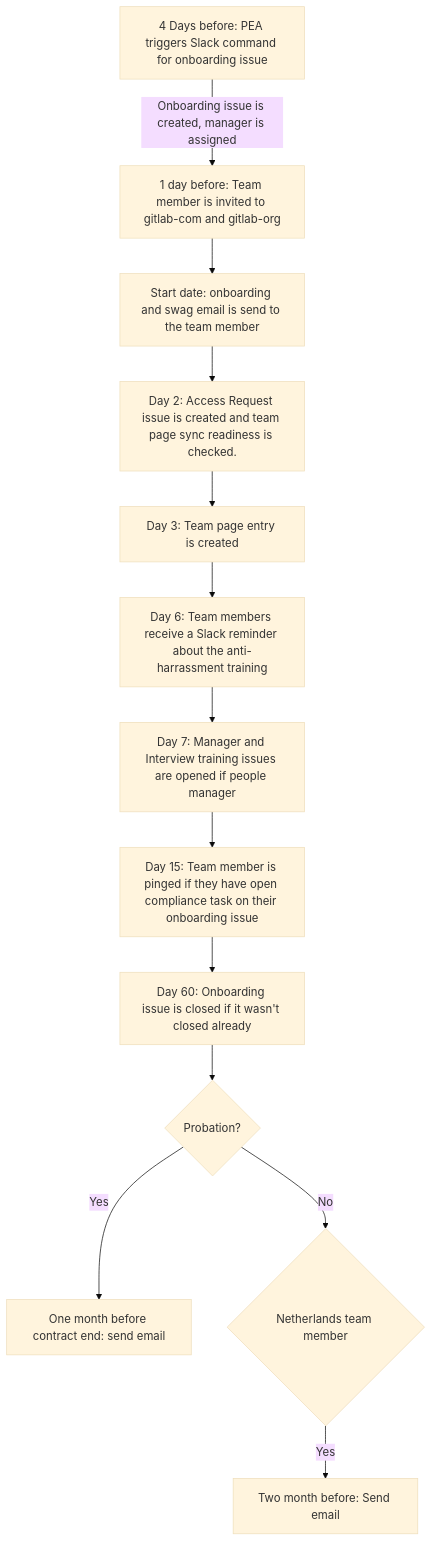
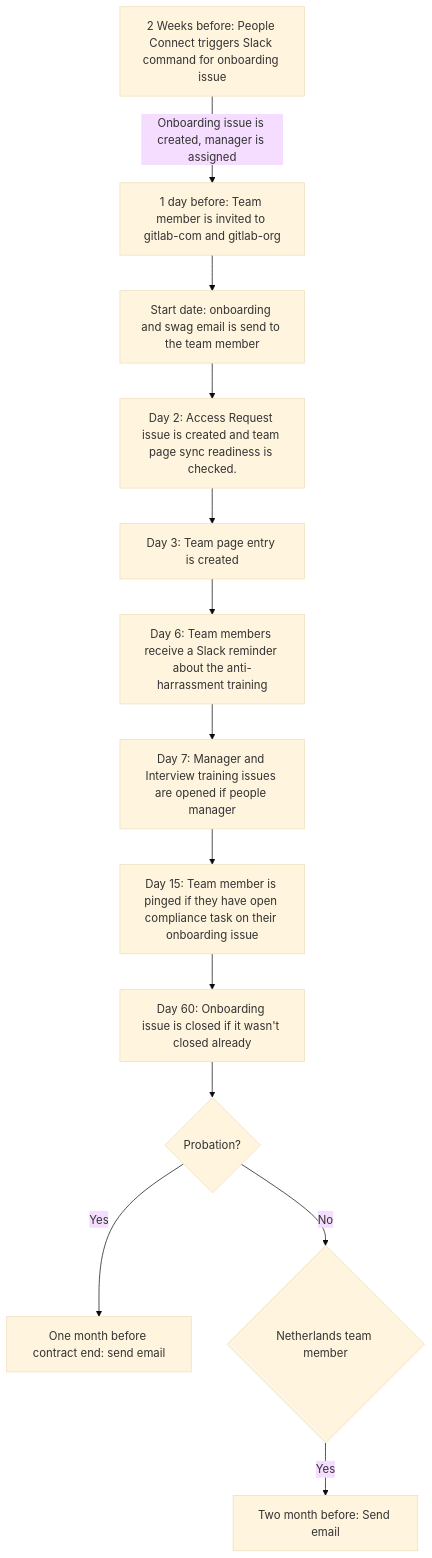
The first of 2 diagrams in content/handbook/people-group/engineering/onboarding.md (zalyoung/gitlab-handbook), drawn with Mermaid (base theme) before and after one commit.

Commit message:
updating flowchart timing

````diff
--- a/content/handbook/people-group/engineering/onboarding.md
+++ b/content/handbook/people-group/engineering/onboarding.md
@@ -16,15 +16,15 @@
 ```mermaid
 graph TD
-  A[4 Days before: PEA triggers Slack command for onboarding issue] -->|Onboarding issue is created, manager is assigned| K
+  A[2 Weeks before: People Connect triggers Slack command for onboarding issue] -->|Onboarding issue is created, manager is assigned| K
   K[1 day before: Team member is invited to gitlab-com and gitlab-org] --> I
   I[Start date: onboarding and swag email is send to the team member] --> C
   C[Day 2: Access Request issue is created and team page sync readiness is checked.] --> CA
   CA[Day 3: Team page entry is created] --> E
   E[Day 6: Team members receive a Slack reminder about the anti-harrassment training] --> J
   J[Day 7: Manager and Interview training issues are opened if people manager] --> L
   L[Day 15: Team member is pinged if they have open compliance task on their onboarding issue] --> F
   F[Day 60: Onboarding issue is closed if it wasn't closed already] --> N{Probation?}
   N -->|Yes| D[One month before contract end: send email]
   N --> |No| B{Netherlands team member}
   B --> |Yes| G[Two month before: Send email]
 ```
````
